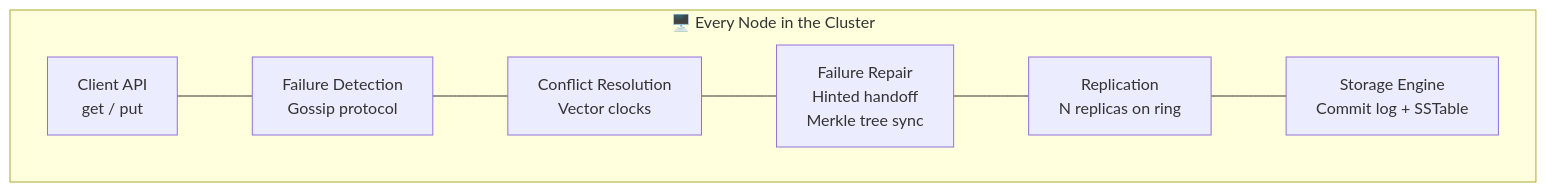
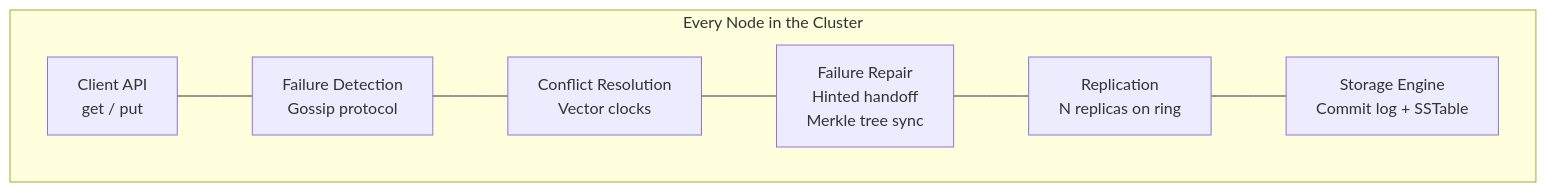
Diagram 18 of 22 in content/posts/2026/design-a-key-value-store.md (devops-monk/system-design-blog), drawn with Mermaid before and after one commit. The commit also changed other lines of this file and 5 other files, not shown here.

````diff
--- a/content/posts/2026/design-a-key-value-store.md
+++ b/content/posts/2026/design-a-key-value-store.md
@@ -634,14 +604,14 @@
 ```mermaid
 graph TD
-    subgraph NODE["🖥️ Every Node in the Cluster"]
+    subgraph NODE["Every Node in the Cluster"]
         direction LR
         API["Client API\nget / put"]
         FD["Failure Detection\nGossip protocol"]
         CR["Conflict Resolution\nVector clocks"]
         FR["Failure Repair\nHinted handoff\nMerkle tree sync"]
         REP["Replication\nN replicas on ring"]
         SE["Storage Engine\nCommit log + SSTable"]
 
         API --- FD --- CR --- FR --- REP --- SE
     end
 ```
````
